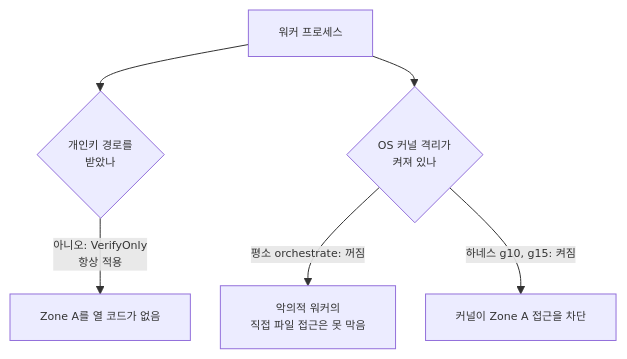
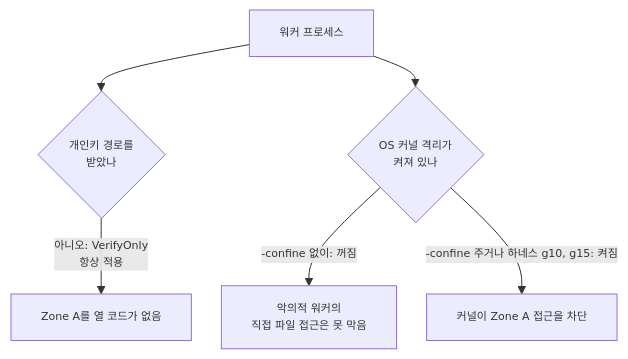
Before and after one commit to RadiantCitron/authz-harness: the fifth of 8 diagrams in docs/작동원리/009-키_토큰_ID_클레임과_승인티켓_해설.md, drawn with Mermaid. The commit also changed other lines of this file, not shown here.

First line of the commit message:
docs: -confine 플래그 반영하고 009의 옛 단계 용어 인용을 제거해 docsync 통과

````diff
--- a/docs/작동원리/009-키_토큰_ID_클레임과_승인티켓_해설.md
+++ b/docs/작동원리/009-키_토큰_ID_클레임과_승인티켓_해설.md
@@ -157,9 +157,9 @@
 ```mermaid
 %%{init: {"themeVariables": {"fontSize": "11px"}, "flowchart": {"nodeSpacing": 30, "rankSpacing": 30}}}%%
 flowchart TD
     W["워커 프로세스"] --> C1{"개인키 경로를<br/>받았나"}
     W --> C2{"OS 커널 격리가<br/>켜져 있나"}
     C1 -->|"아니오: VerifyOnly<br/>항상 적용"| R1["Zone A를 열 코드가 없음"]
-    C2 -->|"평소 orchestrate: 꺼짐"| R2["악의적 워커의<br/>직접 파일 접근은 못 막음"]
-    C2 -->|"하네스 g10, g15: 켜짐"| R3["커널이 Zone A 접근을 차단"]
+    C2 -->|"-confine 없이: 꺼짐"| R2["악의적 워커의<br/>직접 파일 접근은 못 막음"]
+    C2 -->|"-confine 주거나 하네스 g10, g15: 켜짐"| R3["커널이 Zone A 접근을 차단"]
 ```
````
